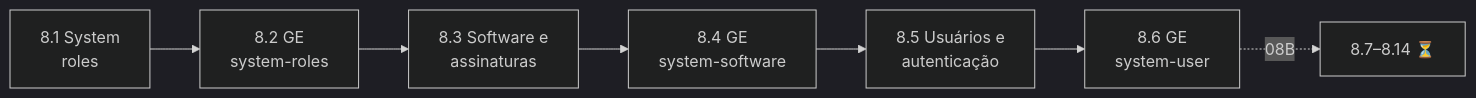
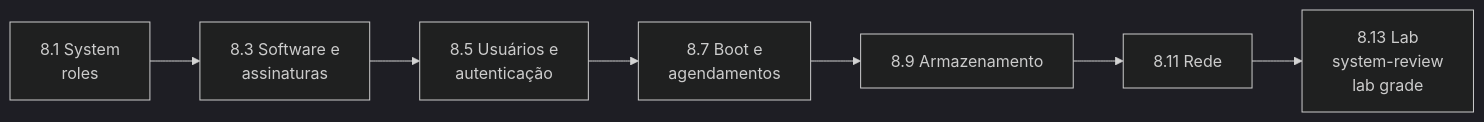
The diagram in capitulos/08-administracao-linux/README.md (eduardoandradej/ansible-au294-2.6-estudos), drawn with Mermaid (dark theme) before and after one commit. The commit also changed other lines of this file and 28 other files, not shown here.

First line of the commit message:
Capítulo 8 concluído (parte B): boot, agendamentos, armazenamento e rede

````diff
--- a/capitulos/08-administracao-linux/README.md
+++ b/capitulos/08-administracao-linux/README.md
@@ -20,9 +17,9 @@
 ```mermaid
 flowchart LR
-    A[8.1 System<br/>roles] --> B[8.2 GE<br/>system-roles]
-    B --> C[8.3 Software e<br/>assinaturas]
-    C --> D[8.4 GE<br/>system-software]
-    D --> E[8.5 Usuários e<br/>autenticação]
-    E --> F[8.6 GE<br/>system-user]
-    F -.08B.-> G[8.7–8.14 ⏳]
+    A[8.1 System<br/>roles] --> B[8.3 Software e<br/>assinaturas]
+    B --> C[8.5 Usuários e<br/>autenticação]
+    C --> D[8.7 Boot e<br/>agendamentos]
+    D --> E[8.9 Armazenamento]
+    E --> F[8.11 Rede]
+    F --> G[8.13 Lab<br/>system-review<br/>lab grade]
 ```
````
